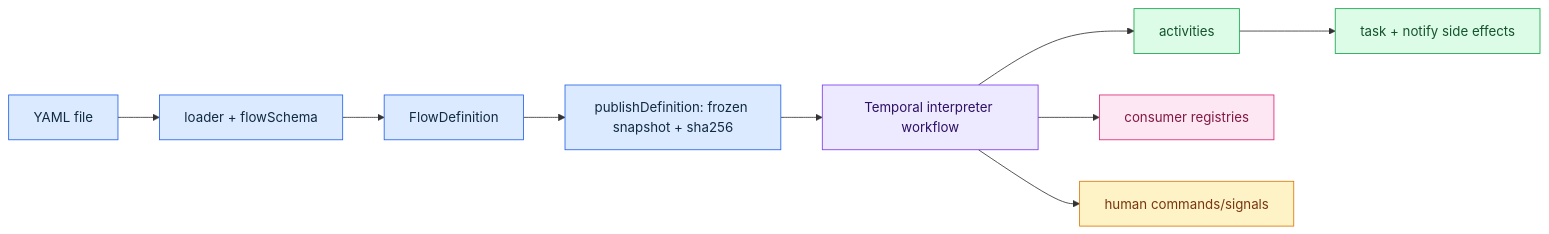
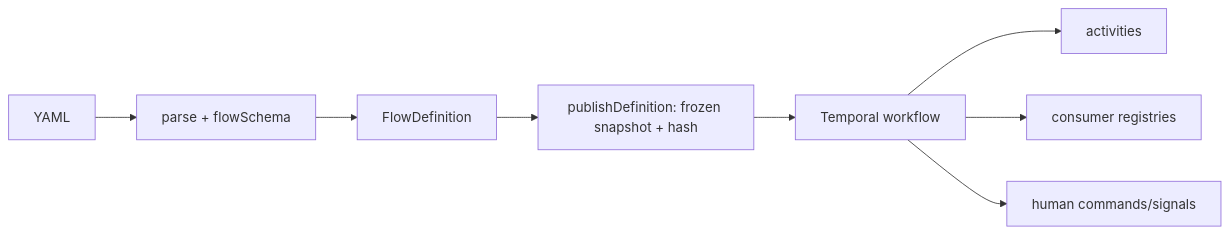
One commit to teopeurt/flowkit changed the first of 10 diagrams in docs/definitions-deep-dive.md. Above: the diagram before and after it, drawn with Mermaid. The commit also changed other lines of this file and 1 other file, not shown here.

Commit message:
docs: correct YAML deep dive against source

````diff
--- a/docs/definitions-deep-dive.md
+++ b/docs/definitions-deep-dive.md
@@ -9,15 +9,9 @@
 ```mermaid
 flowchart LR
-  classDef data fill:#dbeafe,stroke:#2563eb,color:#102a43
-  classDef workflow fill:#ede9fe,stroke:#7c3aed,color:#2e1065
-  classDef activity fill:#dcfce7,stroke:#16a34a,color:#14532d
-  classDef human fill:#fef3c7,stroke:#d97706,color:#78350f
-  classDef registry fill:#fce7f3,stroke:#db2777,color:#831843
-  Y[YAML file]:::data --> L[loader + flowSchema]:::data --> D[FlowDefinition]:::data
-  D --> P[publishDefinition: frozen snapshot + sha256]:::data
-  P --> W[Temporal interpreter workflow]:::workflow
-  W --> A[activities]:::activity
-  W --> R[consumer registries]:::registry
-  W --> H[human commands/signals]:::human
-  A --> S[task + notify side effects]:::activity
+ Y[YAML] --> P[parse + flowSchema] --> D[FlowDefinition]
+ D --> S[publishDefinition: frozen snapshot + hash]
+ S --> W[Temporal workflow]
+ W --> A[activities]
+ W --> R[consumer registries]
+ W --> H[human commands/signals]
 ```
````
